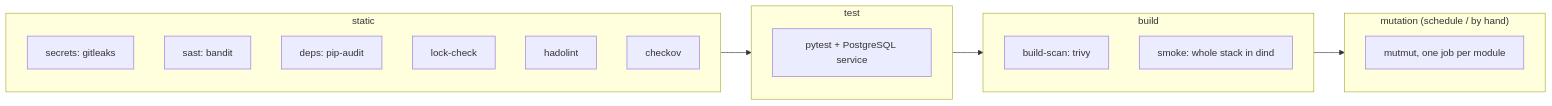
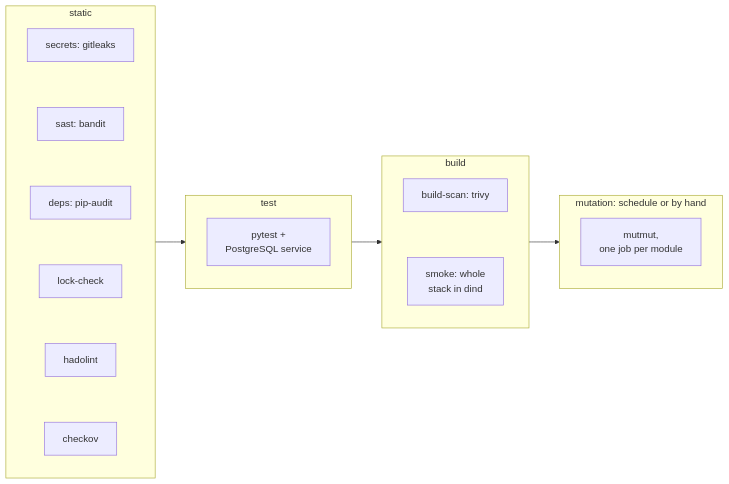
The third of 3 diagrams in README.md (mikedemis1/assume-hijacked), drawn with Mermaid before and after one commit.

Commit message:
Stack the pipeline diagram's jobs vertically so it stays readable

````diff
--- a/README.md
+++ b/README.md
@@ -96,22 +96,28 @@
 ```mermaid
 flowchart LR
     subgraph static
+        direction TB
         secrets[secrets: gitleaks]
         sast[sast: bandit]
         deps[deps: pip-audit]
         lock[lock-check]
         hado[hadolint]
         chk[checkov]
+        secrets ~~~ sast ~~~ deps ~~~ lock ~~~ hado ~~~ chk
     end
     subgraph test
-        pytest[pytest + PostgreSQL service]
+        direction TB
+        pytest["pytest +<br/>PostgreSQL service"]
     end
     subgraph build
+        direction TB
         scan[build-scan: trivy]
-        smoke[smoke: whole stack in dind]
+        smoke["smoke: whole<br/>stack in dind"]
+        scan ~~~ smoke
     end
-    subgraph mutation["mutation (schedule / by hand)"]
-        mut[mutmut, one job per module]
+    subgraph mutation["mutation: schedule or by hand"]
+        direction TB
+        mut["mutmut,<br/>one job per module"]
     end
     static --> test --> build --> mutation
 ```
````
